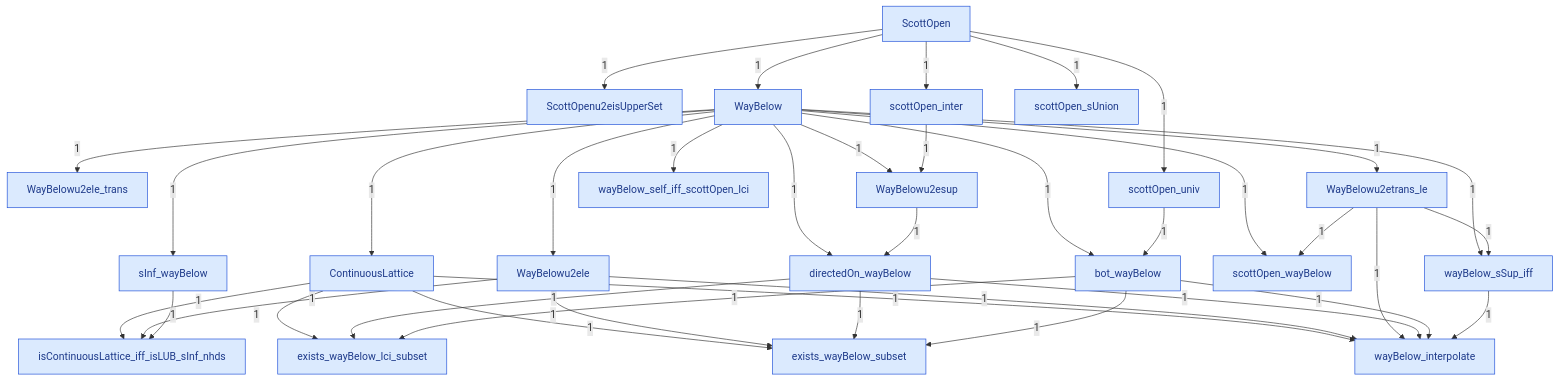
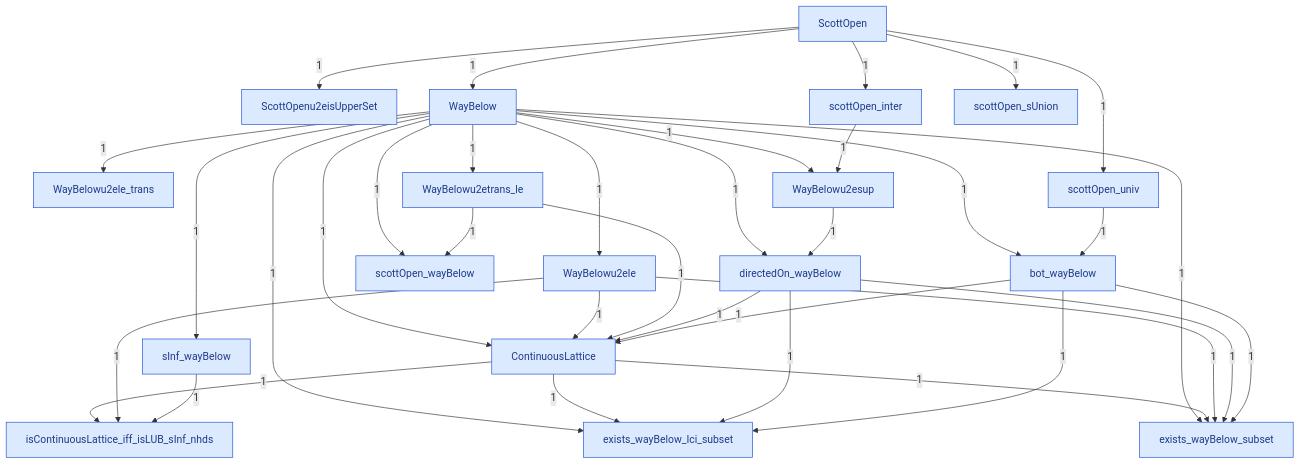
Before and after one commit to catskillsresearch/DomainTheory: the diagram in DomainTheory/ContinuousLattice/WayBelow/WayBelow.mermaid, drawn with Mermaid. The commit also changed 110 other files, not shown here.

Commit message:
Separate the way-below relation from the continuous-lattice class so each has its own file and note.

```diff
--- a/DomainTheory/ContinuousLattice/WayBelow/WayBelow.mermaid
+++ b/DomainTheory/ContinuousLattice/WayBelow/WayBelow.mermaid
@@ -1,88 +1,79 @@
 %% Inside WayBelow. A box is one Lean file in this folder.
 %% A box named as another folder is that whole folder. A box named as another chapter is that whole chapter.
 %% The arrowhead points at the file or folder that imports. The label is how many direct imports.
 flowchart TB
   N0["ScottOpen"]
   N1["ScottOpenu2eisUpperSet"]
   N2["WayBelow"]
   N4["ContinuousLattice"]
   N5["WayBelowu2ele"]
   N6["WayBelowu2ele_trans"]
   N7["WayBelowu2etrans_le"]
   N8["sInf_wayBelow"]
   N9["isContinuousLattice_iff_isLUB_sInf_nhds"]
   N10["scottOpen_inter"]
   N11["WayBelowu2esup"]
   N12["directedOn_wayBelow"]
   N13["scottOpen_sUnion"]
   N14["scottOpen_univ"]
   N15["bot_wayBelow"]
   N16["exists_wayBelow_Ici_subset"]
   N17["exists_wayBelow_subset"]
   N18["scottOpen_wayBelow"]
-  N19["wayBelow_sSup_iff"]
-  N20["wayBelow_interpolate"]
-  N21["wayBelow_self_iff_scottOpen_Ici"]
 
   N0 -->|"1"| N1
   N0 -->|"1"| N2
   N2 -->|"1"| N4
+  N5 -->|"1"| N4
+  N7 -->|"1"| N4
+  N12 -->|"1"| N4
+  N15 -->|"1"| N4
   N2 -->|"1"| N5
   N2 -->|"1"| N6
   N2 -->|"1"| N7
   N2 -->|"1"| N8
   N4 -->|"1"| N9
   N5 -->|"1"| N9
   N8 -->|"1"| N9
   N0 -->|"1"| N10
   N2 -->|"1"| N11
   N10 -->|"1"| N11
   N2 -->|"1"| N12
   N11 -->|"1"| N12
   N0 -->|"1"| N13
   N0 -->|"1"| N14
   N2 -->|"1"| N15
   N14 -->|"1"| N15
+  N2 -->|"1"| N16
   N4 -->|"1"| N16
   N12 -->|"1"| N16
   N15 -->|"1"| N16
+  N2 -->|"1"| N17
   N4 -->|"1"| N17
   N5 -->|"1"| N17
   N12 -->|"1"| N17
   N15 -->|"1"| N17
   N2 -->|"1"| N18
   N7 -->|"1"| N18
-  N2 -->|"1"| N19
-  N7 -->|"1"| N19
-  N4 -->|"1"| N20
-  N5 -->|"1"| N20
-  N7 -->|"1"| N20
-  N12 -->|"1"| N20
-  N15 -->|"1"| N20
-  N19 -->|"1"| N20
-  N2 -->|"1"| N21
 
   classDef file fill:#dbeafe,stroke:#1d4ed8,color:#1e3a8a
   classDef ext fill:#f3f4f6,stroke:#374151,color:#111827
 
   class N0 file
   class N1 file
   class N2 file
   class N4 file
   class N5 file
   class N6 file
   class N7 file
   class N8 file
   class N9 file
   class N10 file
   class N11 file
   class N12 file
   class N13 file
   class N14 file
   class N15 file
   class N16 file
   class N17 file
   class N18 file
-  class N19 file
-  class N20 file
-  class N21 file
```
